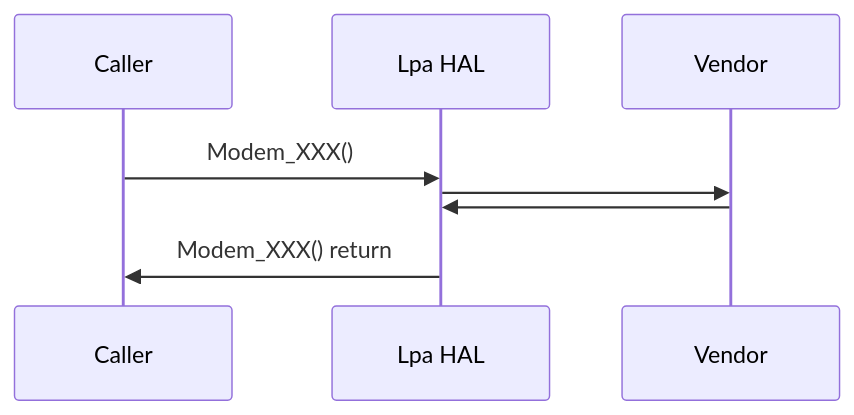
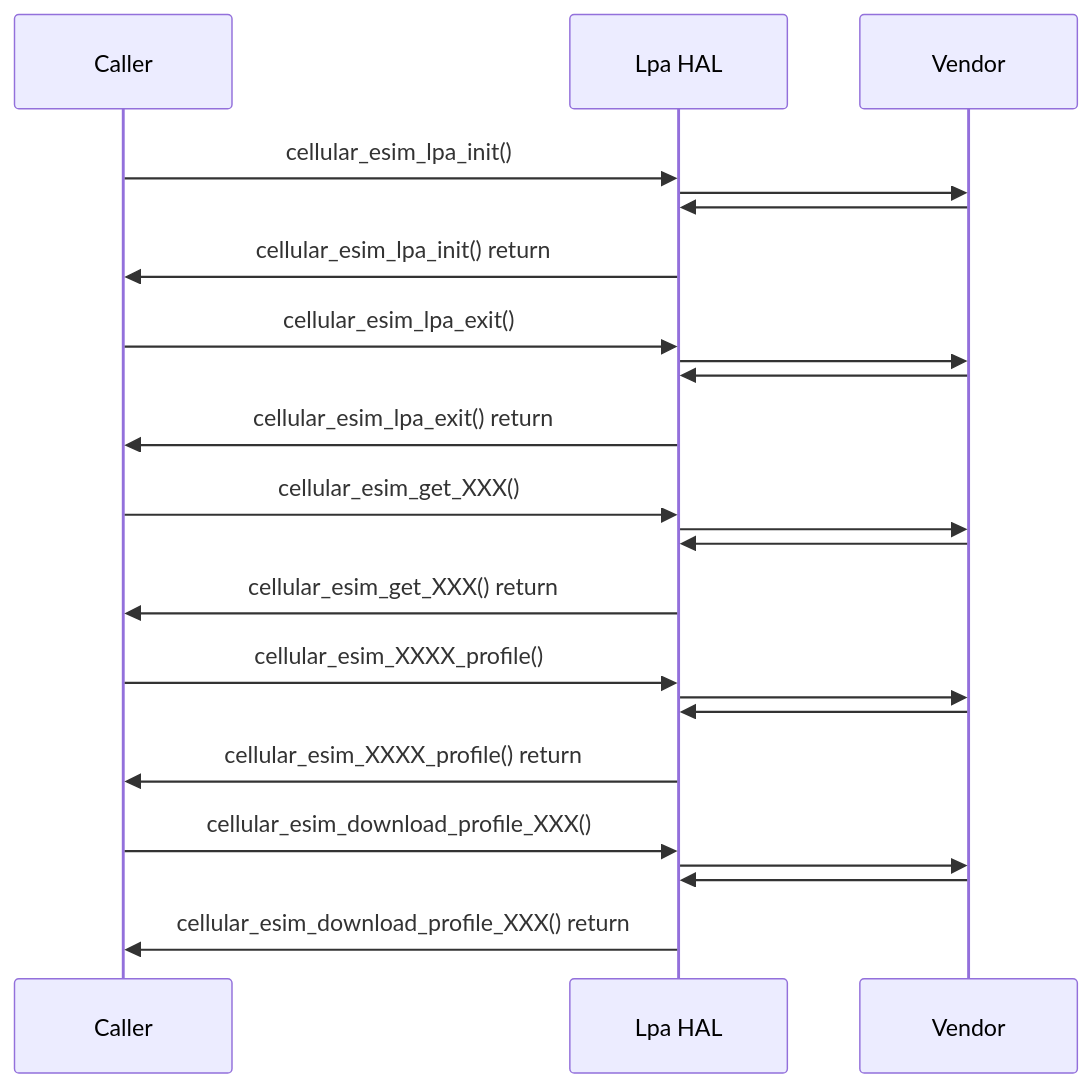
One commit to rdkcentral/rdkb-halif-lpa changed the diagram in docs/pages/LpaHalSpec.md. Above: the diagram before and after it, drawn with Mermaid. The commit also changed other lines of this file, not shown here.

Commit message:
Update Sequence Diagram

````diff
--- a/docs/pages/LpaHalSpec.md
+++ b/docs/pages/LpaHalSpec.md
@@ -131,10 +133,26 @@
 ```mermaid
 sequenceDiagram
 participant Caller
 participant Lpa HAL
 participant Vendor
-Caller->>Lpa HAL: Modem_XXX()
+Caller->>Lpa HAL: cellular_esim_lpa_init()
 Lpa HAL->>Vendor: 
 Vendor ->>Lpa HAL: 
-Lpa HAL->>Caller: Modem_XXX() return
+Lpa HAL->>Caller: cellular_esim_lpa_init() return
+Caller->>Lpa HAL: cellular_esim_lpa_exit()
+Lpa HAL->>Vendor: 
+Vendor ->>Lpa HAL: 
+Lpa HAL->>Caller: cellular_esim_lpa_exit() return
+Caller->>Lpa HAL: cellular_esim_get_XXX()
+Lpa HAL->>Vendor: 
+Vendor ->>Lpa HAL: 
+Lpa HAL->>Caller: cellular_esim_get_XXX() return
+Caller->>Lpa HAL: cellular_esim_XXXX_profile()
+Lpa HAL->>Vendor: 
+Vendor ->>Lpa HAL: 
+Lpa HAL->>Caller: cellular_esim_XXXX_profile() return
+Caller->>Lpa HAL: cellular_esim_download_profile_XXX()
+Lpa HAL->>Vendor: 
+Vendor ->>Lpa HAL: 
+Lpa HAL->>Caller: cellular_esim_download_profile_XXX() return
 ```
````
